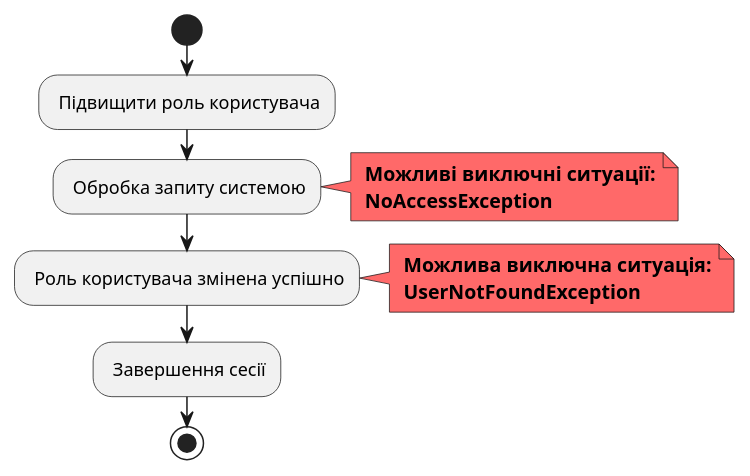
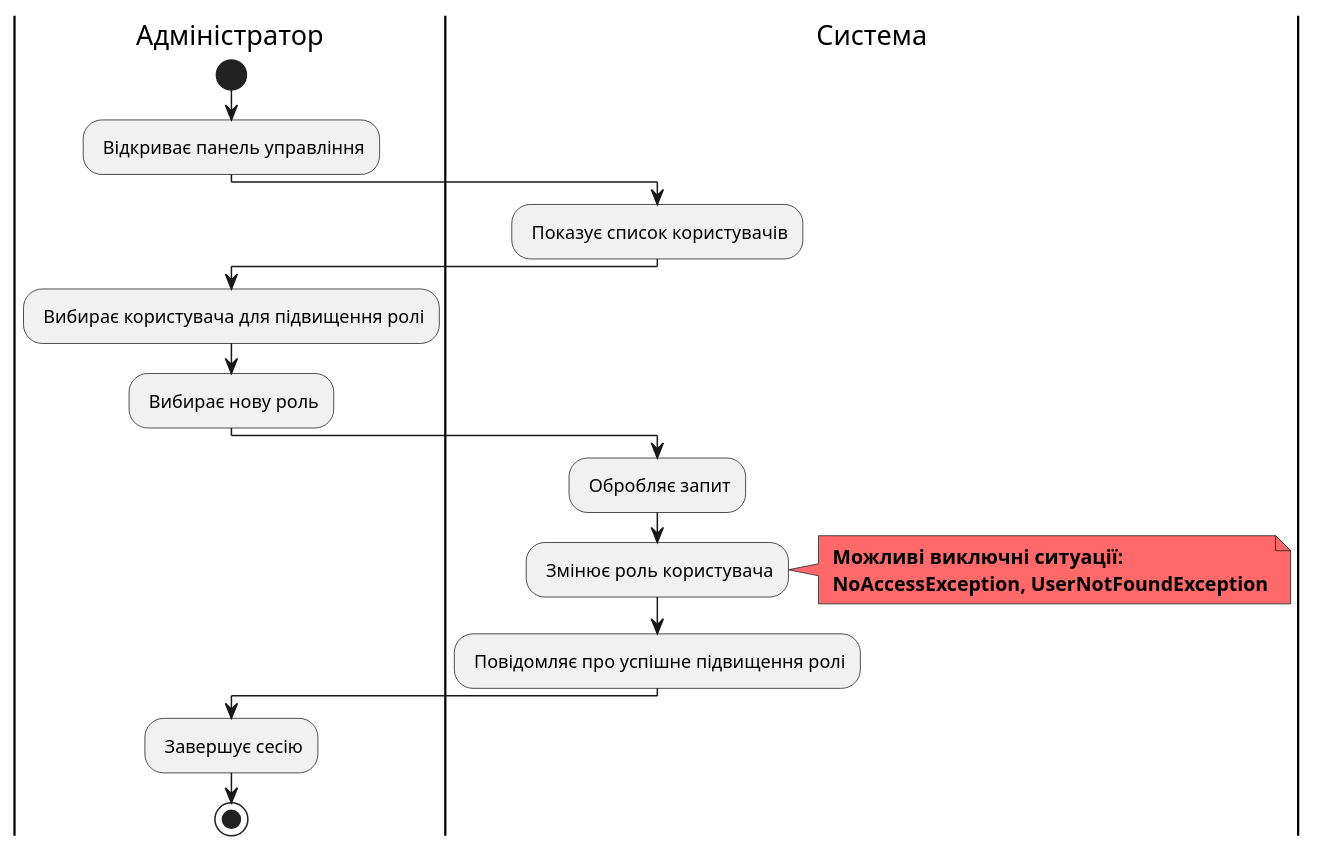
Diagram 12 of 12 in docs/use cases/README.md (vladyslavpopov/DB_CourseWork), drawn with PlantUML before and after one commit. The commit also changed other lines of this file, not shown here.

Commit message:
Fixed MediaFind, DeleteAccount, PromoteUserRole scenarios

```diff
--- a/docs/use cases/README.md
+++ b/docs/use cases/README.md
@@ -449,23 +468,27 @@
 @startuml
+|Адміністратор|
+start;
+: Відкриває панель управління;
+
+|Система|
+: Показує список користувачів;
 
 |Адміністратор|
-start;
+: Вибирає користувача для підвищення ролі;
+: Вибирає нову роль;
 
-: Підвищити роль користувача;
+|Система|
+: Обробляє запит;
+: Змінює роль користувача;
 
-: Обробка запиту системою;
 note right #FF6969
 <b> Можливі виключні ситуації:
-<b> NoAccessException
+<b> NoAccessException, UserNotFoundException
 end note
 
-: Роль користувача змінена успішно;
-note right #FF6969
-<b> Можлива виключна ситуація:
-<b> UserNotFoundException
-end note
+: Повідомляє про успішне підвищення ролі;
 
-: Завершення сесії;
-
+|Адміністратор|
+: Завершує сесію;
 stop;
 @enduml
```
